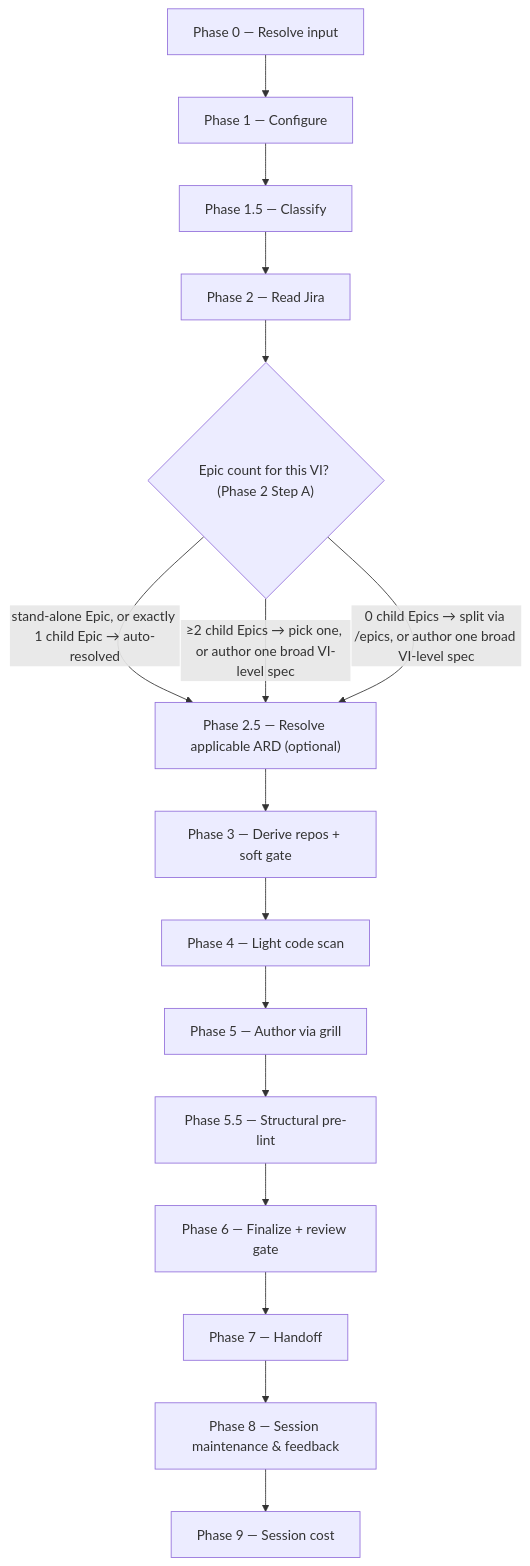
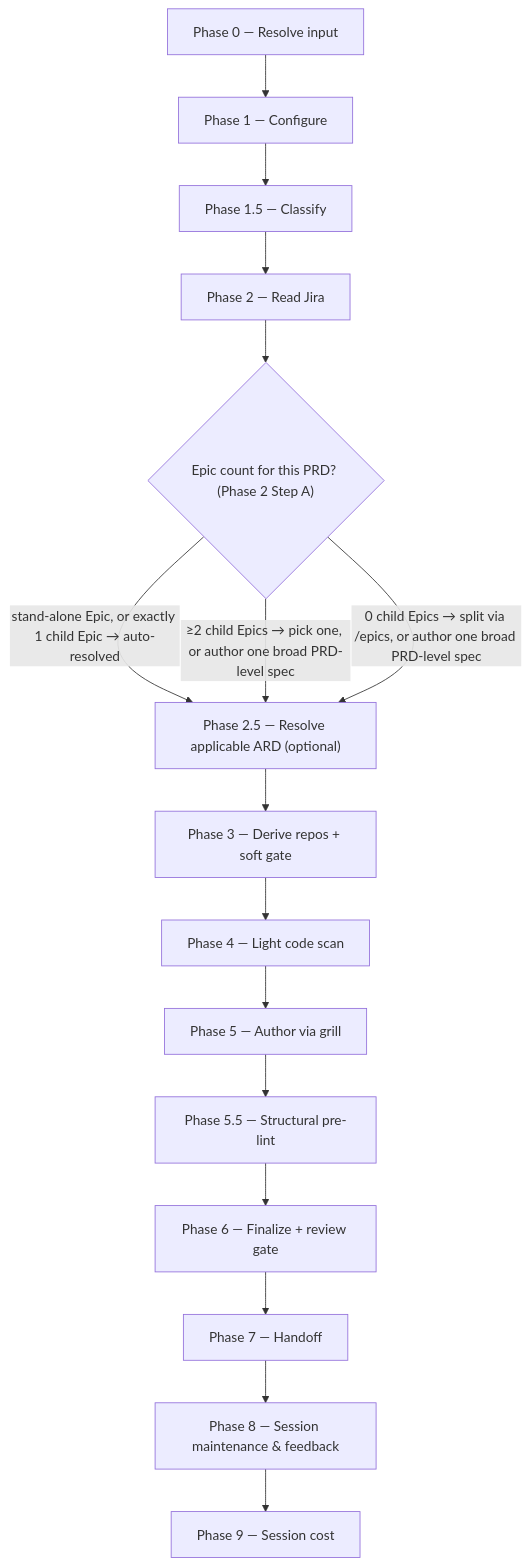
The diagram in plugins/dev-workflows/docs/commands/specify.md (ihudak/ihudak-claude-plugins), drawn with Mermaid before and after one commit. The commit also changed other lines of this file and 102 other files, not shown here.

````diff
--- a/plugins/dev-workflows/docs/commands/specify.md
+++ b/plugins/dev-workflows/docs/commands/specify.md
@@ -26,18 +26,18 @@
 ```mermaid
 flowchart TD
     p0["Phase 0 — Resolve input"] --> p1["Phase 1 — Configure"]
     p1 --> p15["Phase 1.5 — Classify"]
     p15 --> p2["Phase 2 — Read Jira"]
-    p2 --> d1{"Epic count for this VI? (Phase 2 Step A)"}
+    p2 --> d1{"Epic count for this PRD? (Phase 2 Step A)"}
     d1 -- "stand-alone Epic, or exactly 1 child Epic → auto-resolved" --> p25["Phase 2.5 — Resolve applicable ARD (optional)"]
-    d1 -- "≥2 child Epics → pick one, or author one broad VI-level spec" --> p25
-    d1 -- "0 child Epics → split via /epics, or author one broad VI-level spec" --> p25
+    d1 -- "≥2 child Epics → pick one, or author one broad PRD-level spec" --> p25
+    d1 -- "0 child Epics → split via /epics, or author one broad PRD-level spec" --> p25
     p25 --> p3["Phase 3 — Derive repos + soft gate"]
     p3 --> p4["Phase 4 — Light code scan"]
     p4 --> p5["Phase 5 — Author via grill"]
     p5 --> p55["Phase 5.5 — Structural pre-lint"]
     p55 --> p6["Phase 6 — Finalize + review gate"]
     p6 --> p7["Phase 7 — Handoff"]
     p7 --> p8["Phase 8 — Session maintenance & feedback"]
     p8 --> p9["Phase 9 — Session cost"]
 ```
````
